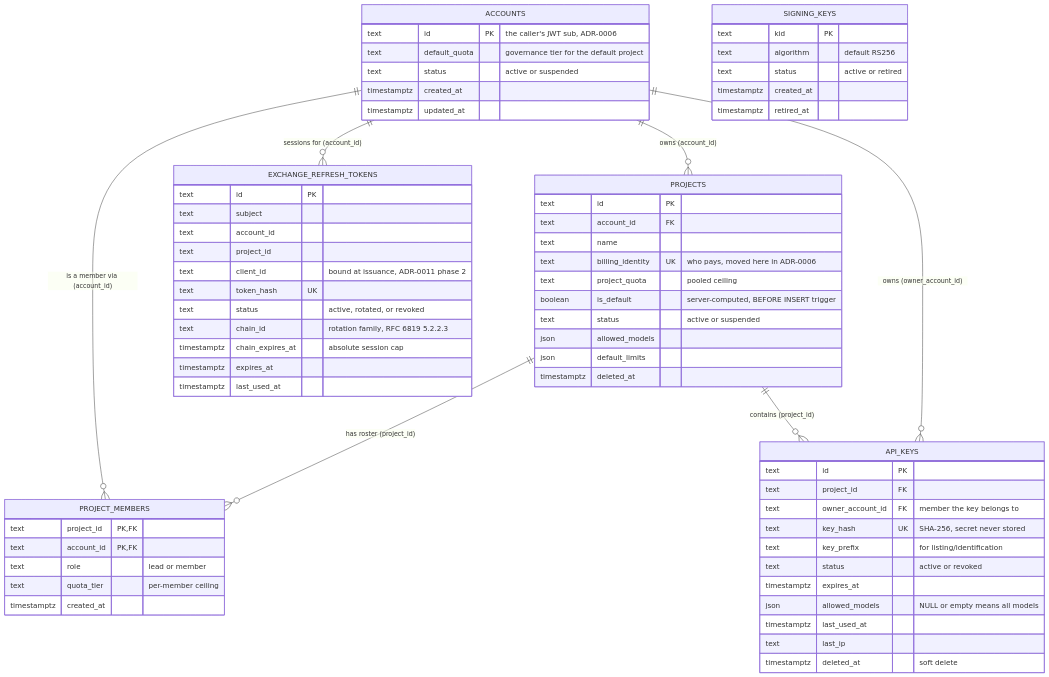
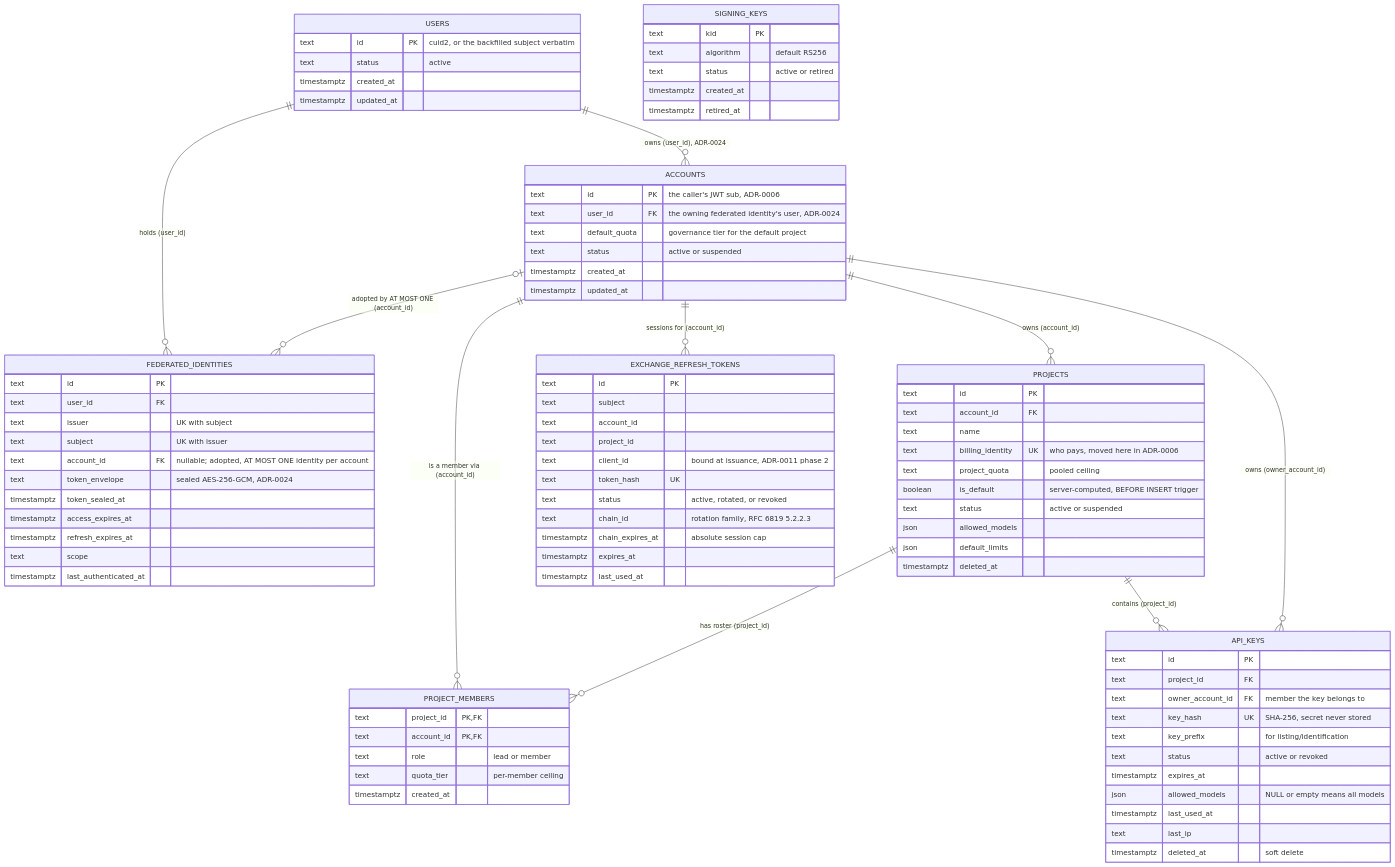
One commit to ADORSYS-GIS/lightbridge-authz changed the first of 2 diagrams in docs/architecture/data-model.md. Above: the diagram before and after it, drawn with Mermaid. The commit also changed other lines of this file and 4 other files, not shown here.

First line of the commit message:
docs(adr): ADR-0024 — we own our users; accounts are federated identities

````diff
--- a/docs/architecture/data-model.md
+++ b/docs/architecture/data-model.md
@@ -27,5 +35,8 @@
 ```mermaid
 erDiagram
+    USERS ||--o{ ACCOUNTS : "owns (user_id), ADR-0024"
+    USERS ||--o{ FEDERATED_IDENTITIES : "holds (user_id)"
+    ACCOUNTS |o--o{ FEDERATED_IDENTITIES : "adopted by AT MOST ONE (account_id)"
     ACCOUNTS ||--o{ PROJECTS : "owns (account_id)"
     ACCOUNTS ||--o{ PROJECT_MEMBERS : "is a member via (account_id)"
     PROJECTS ||--o{ PROJECT_MEMBERS : "has roster (project_id)"
@@ -33,8 +44,30 @@
     ACCOUNTS ||--o{ API_KEYS : "owns (owner_account_id)"
     ACCOUNTS ||--o{ EXCHANGE_REFRESH_TOKENS : "sessions for (account_id)"
 
+    USERS {
+        text id PK "cuid2, or the backfilled subject verbatim"
+        text status "active"
+        timestamptz created_at
+        timestamptz updated_at
+    }
+
+    FEDERATED_IDENTITIES {
+        text id PK
+        text user_id FK
+        text issuer "UK with subject"
+        text subject "UK with issuer"
+        text account_id FK "nullable; adopted, AT MOST ONE identity per account"
+        text token_envelope "sealed AES-256-GCM, ADR-0024"
+        timestamptz token_sealed_at
+        timestamptz access_expires_at
+        timestamptz refresh_expires_at
+        text scope
+        timestamptz last_authenticated_at
+    }
+
     ACCOUNTS {
         text id PK "the caller's JWT sub, ADR-0006"
+        text user_id FK "the owning federated identity's user, ADR-0024"
         text default_quota "governance tier for the default project"
         text status "active or suspended"
         timestamptz created_at
````
